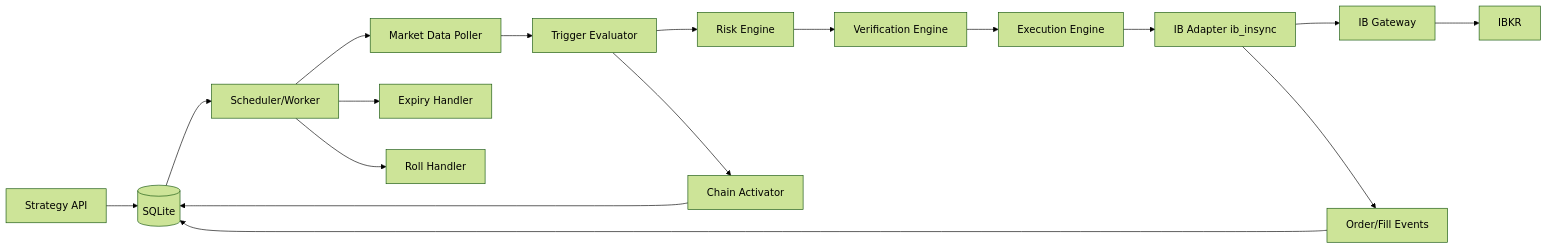
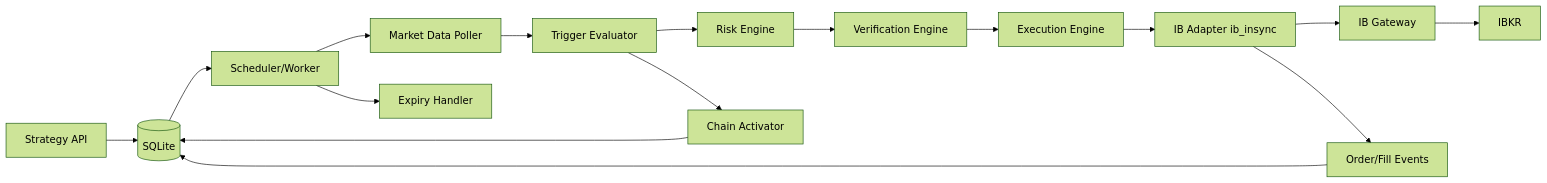
The diagram in app-design.md (luoning9/ibx), drawn with Mermaid (forest theme) before and after one commit. The commit also changed other lines of this file and 3 other files, not shown here.

Commit message:
refactor(worker): fold roll flow into execution layer

````diff
--- a/app-design.md
+++ b/app-design.md
@@ -40,19 +40,18 @@
 ```mermaid
 flowchart LR
     A[Strategy API] --> B[(SQLite)]
     B --> C[Scheduler/Worker]
     C --> D[Market Data Poller]
     D --> E[Trigger Evaluator]
     E --> F[Risk Engine]
     F --> G[Verification Engine]
     G --> H[Execution Engine]
     H --> I[IB Adapter ib_insync]
     I --> J[IB Gateway]
     J --> K[IBKR]
     I --> L[Order/Fill Events]
     L --> B
     C --> M[Expiry Handler]
-    C --> N[Roll Handler]
     E --> O[Chain Activator]
     O --> B
 ```
````
